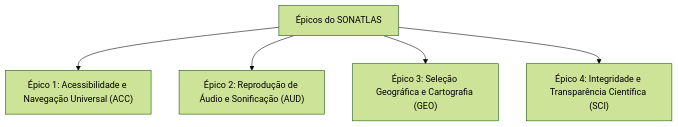
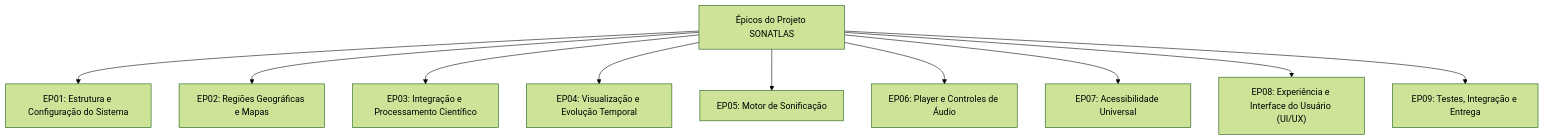
One commit to sarahgleice/Sonatlas_nasa changed the diagram in docs/04-historias-usuario/index.md. Above: the diagram before and after it, drawn with Mermaid (forest theme). The commit also changed other lines of this file and 6 other files, not shown here.

````diff
--- a/docs/04-historias-usuario/index.md
+++ b/docs/04-historias-usuario/index.md
@@ -9,8 +9,13 @@
 ```mermaid
 graph TD
-    EPIC["Épicos do SONATLAS"]
-    EPIC --> E1["Épico 1: Acessibilidade e Navegação Universal (ACC)"]
-    EPIC --> E2["Épico 2: Reprodução de Áudio e Sonificação (AUD)"]
-    EPIC --> E3["Épico 3: Seleção Geográfica e Cartografia (GEO)"]
-    EPIC --> E4["Épico 4: Integridade e Transparência Científica (SCI)"]
+    EP["Épicos do Projeto SONATLAS"]
+    EP --> EP01["EP01: Estrutura e Configuração do Sistema"]
+    EP --> EP02["EP02: Regiões Geográficas e Mapas"]
+    EP --> EP03["EP03: Integração e Processamento Científico"]
+    EP --> EP04["EP04: Visualização e Evolução Temporal"]
+    EP --> EP05["EP05: Motor de Sonificação"]
+    EP --> EP06["EP06: Player e Controles de Áudio"]
+    EP --> EP07["EP07: Acessibilidade Universal"]
+    EP --> EP08["EP08: Experiência e Interface do Usuário (UI/UX)"]
+    EP --> EP09["EP09: Testes, Integração e Entrega"]
 ```
````
